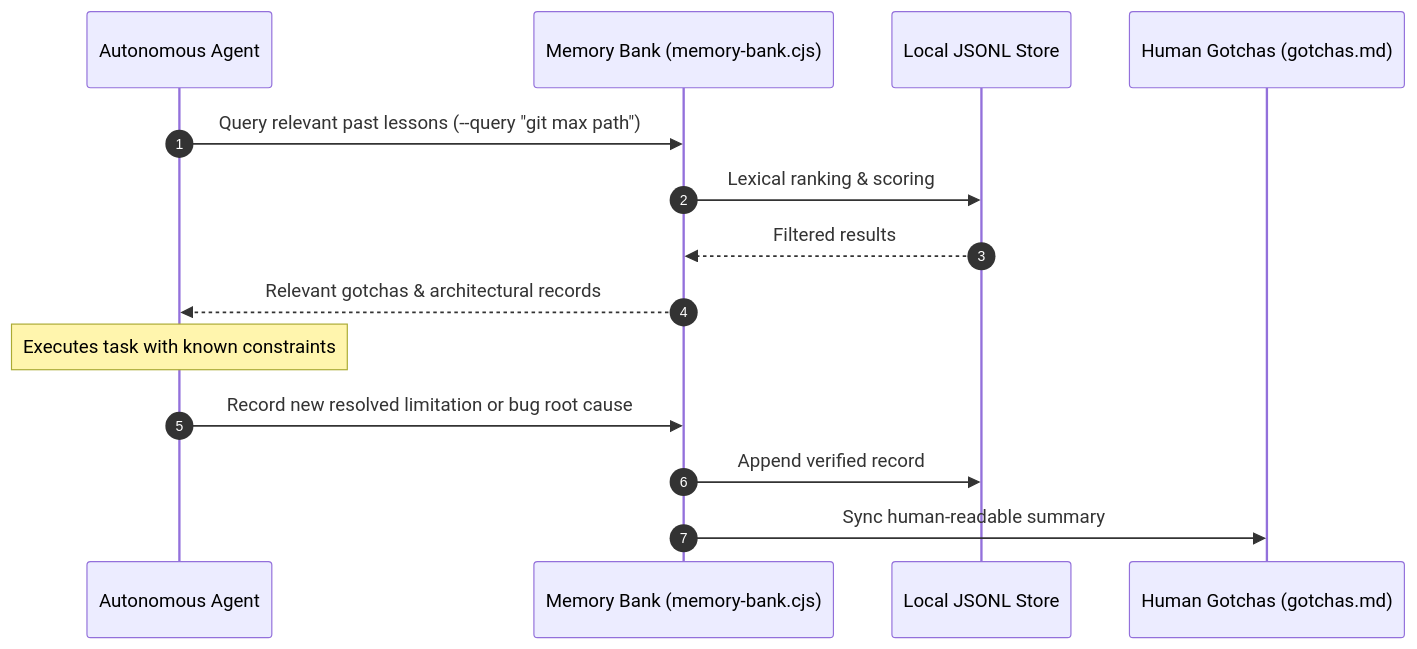
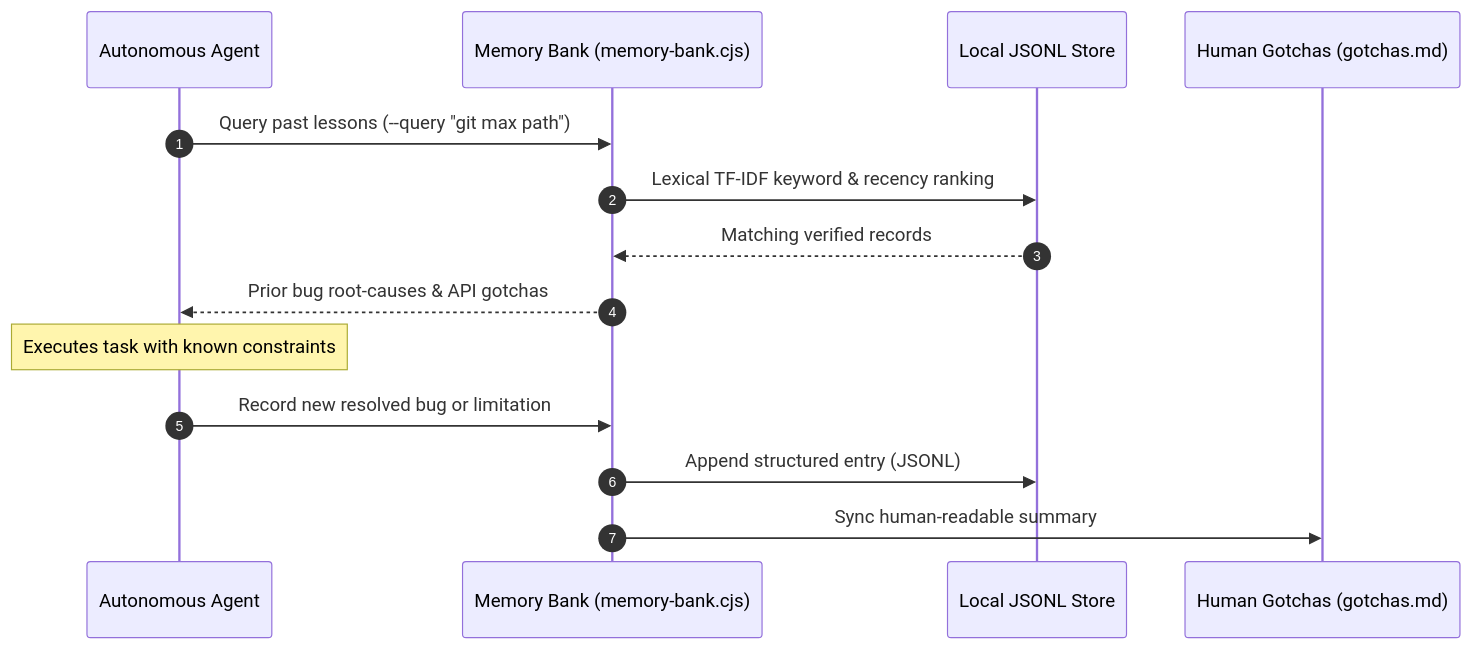
Before and after one commit to SamDozer/antigravity-elite-harness: the third of 7 diagrams in README.md, drawn with Mermaid. The commit also changed other lines of this file and 6 other files, not shown here.

````diff
--- a/README.md
+++ b/README.md
@@ -78,17 +145,17 @@
 ```mermaid
 sequenceDiagram
     autonumber
     participant Agent as Autonomous Agent
     participant Mem as Memory Bank (memory-bank.cjs)
     participant Store as Local JSONL Store
     participant Doc as Human Gotchas (gotchas.md)
 
-    Agent->>Mem: Query relevant past lessons (--query "git max path")
-    Mem->>Store: Lexical ranking & scoring
-    Store-->>Mem: Filtered results
-    Mem-->>Agent: Relevant gotchas & architectural records
+    Agent->>Mem: Query past lessons (--query "git max path")
+    Mem->>Store: Lexical TF-IDF keyword & recency ranking
+    Store-->>Mem: Matching verified records
+    Mem-->>Agent: Prior bug root-causes & API gotchas
     Note over Agent: Executes task with known constraints
-    Agent->>Mem: Record new resolved limitation or bug root cause
-    Mem->>Store: Append verified record
+    Agent->>Mem: Record new resolved bug or limitation
+    Mem->>Store: Append structured entry (JSONL)
     Mem->>Doc: Sync human-readable summary
 ```
````
